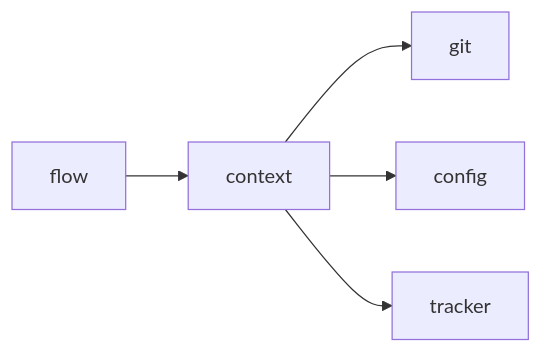
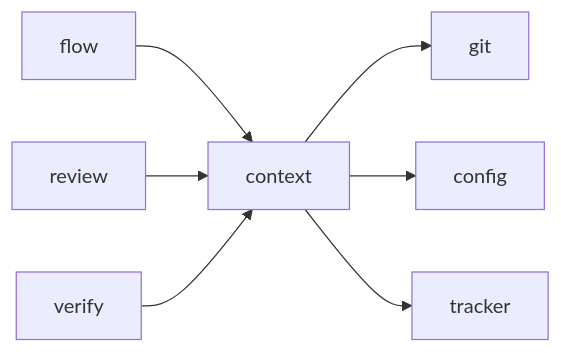
The diagram in docs/architecture/modules/context.md (plaplanche/ariane), drawn with Mermaid before and after one commit. The commit also changed other lines of this file and 25 other files, not shown here.

````diff
--- a/docs/architecture/modules/context.md
+++ b/docs/architecture/modules/context.md
@@ -16,7 +16,9 @@
 ```mermaid
 flowchart LR
   context --> git
   context --> config
   context --> tracker
   flow --> context
+  review --> context
+  verify --> context
 ```
````
